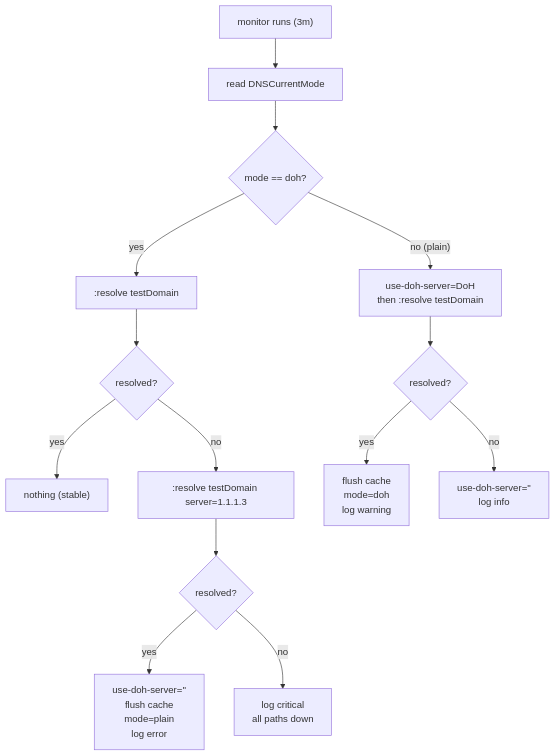
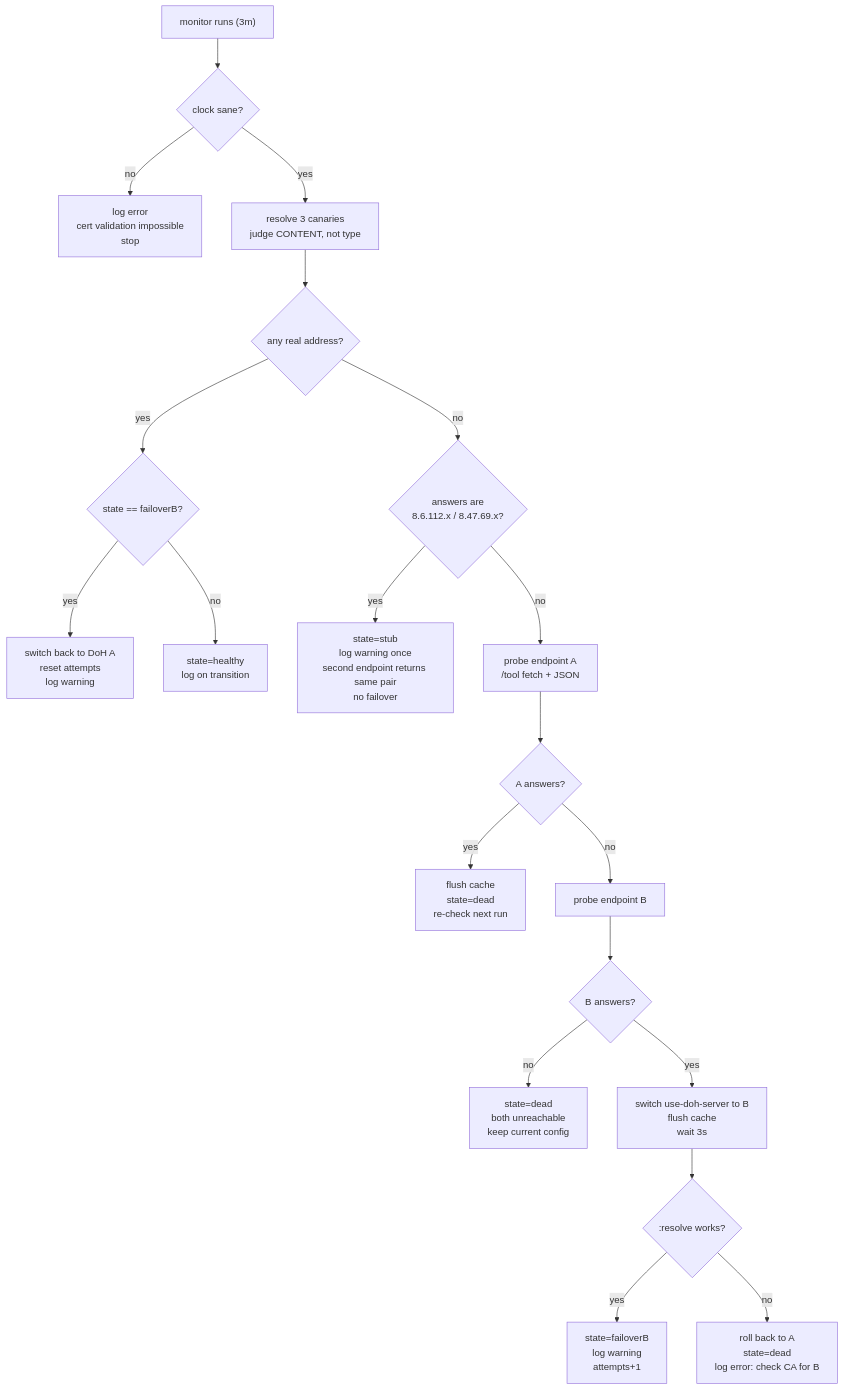
Before and after one commit to paulmann/mikrotik-doh-failover: the diagram in diagrams/dns-failover.mmd, drawn with Mermaid. The commit also changed 18 other files, not shown here.

```diff
--- a/diagrams/dns-failover.mmd
+++ b/diagrams/dns-failover.mmd
@@ -1,14 +1,20 @@
 flowchart TD
-    Start["monitor runs (3m)"] --> ReadMode["read DNSCurrentMode"]
-    ReadMode --> IsDoh{"mode == doh?"}
-    IsDoh -->|"yes"| TestDoh[":resolve testDomain"]
-    TestDoh --> DohOk{"resolved?"}
-    DohOk -->|"yes"| NoOp["nothing (stable)"]
-    DohOk -->|"no"| TestPlain[":resolve testDomain server=1.1.1.3"]
-    TestPlain --> PlainOk{"resolved?"}
-    PlainOk -->|"yes"| SwitchPlain["use-doh-server=''<br/>flush cache<br/>mode=plain<br/>log error"]
-    PlainOk -->|"no"| Critical["log critical<br/>all paths down"]
-    IsDoh -->|"no (plain)"| TryRestore["use-doh-server=DoH<br/>then :resolve testDomain"]
-    TryRestore --> RestoreOk{"resolved?"}
-    RestoreOk -->|"yes"| SwitchDoh["flush cache<br/>mode=doh<br/>log warning"]
-    RestoreOk -->|"no"| StayPlain["use-doh-server=''<br/>log info"]
+    Start["monitor runs (3m)"] --> Clock{"clock sane?"}
+    Clock -->|"no"| ClockWarn["log error<br/>cert validation impossible<br/>stop"]
+    Clock -->|"yes"| Answers["resolve 3 canaries<br/>judge CONTENT, not type"]
+    Answers --> Good{"any real address?"}
+    Good -->|"yes"| Home{"state == failoverB?"}
+    Home -->|"yes"| Back["switch back to DoH A<br/>reset attempts<br/>log warning"]
+    Home -->|"no"| Healthy["state=healthy<br/>log on transition"]
+    Good -->|"no"| Stub{"answers are<br/>8.6.112.x / 8.47.69.x?"}
+    Stub -->|"yes"| StubState["state=stub<br/>log warning once<br/>second endpoint returns same pair<br/>no failover"]
+    Stub -->|"no"| ProbeA["probe endpoint A<br/>/tool fetch + JSON"]
+    ProbeA --> AliveA{"A answers?"}
+    AliveA -->|"yes"| Flush["flush cache<br/>state=dead<br/>re-check next run"]
+    AliveA -->|"no"| ProbeB["probe endpoint B"]
+    ProbeB --> AliveB{"B answers?"}
+    AliveB -->|"no"| Keep["state=dead<br/>both unreachable<br/>keep current config"]
+    AliveB -->|"yes"| Switch["switch use-doh-server to B<br/>flush cache<br/>wait 3s"]
+    Switch --> Verify{":resolve works?"}
+    Verify -->|"yes"| Failover["state=failoverB<br/>log warning<br/>attempts+1"]
+    Verify -->|"no"| Rollback["roll back to A<br/>state=dead<br/>log error: check CA for B"]
```
